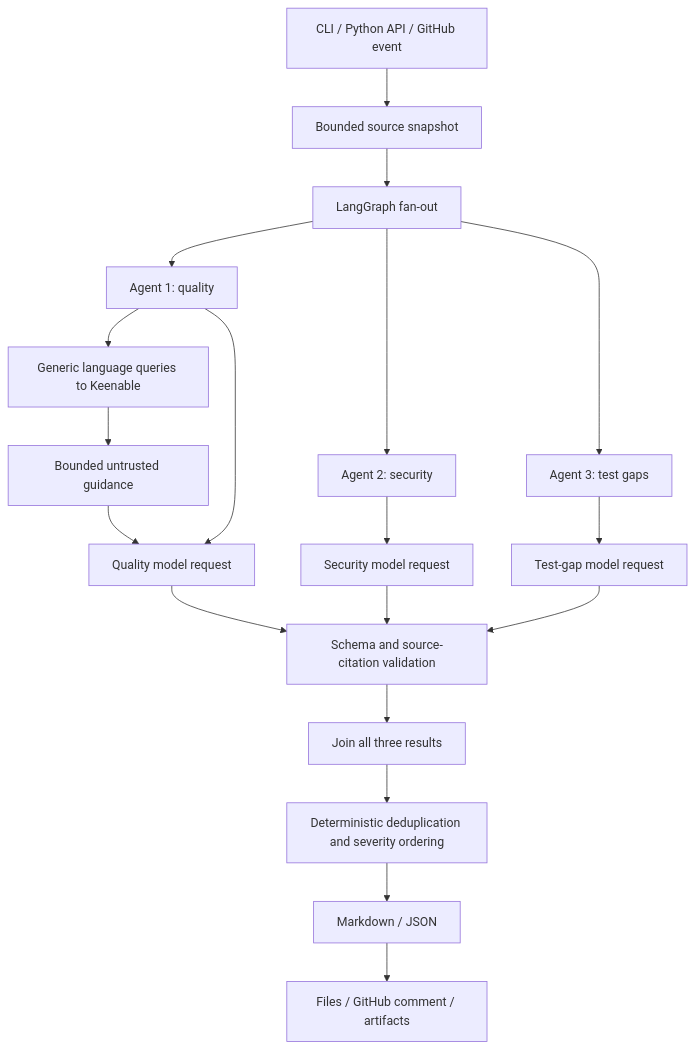
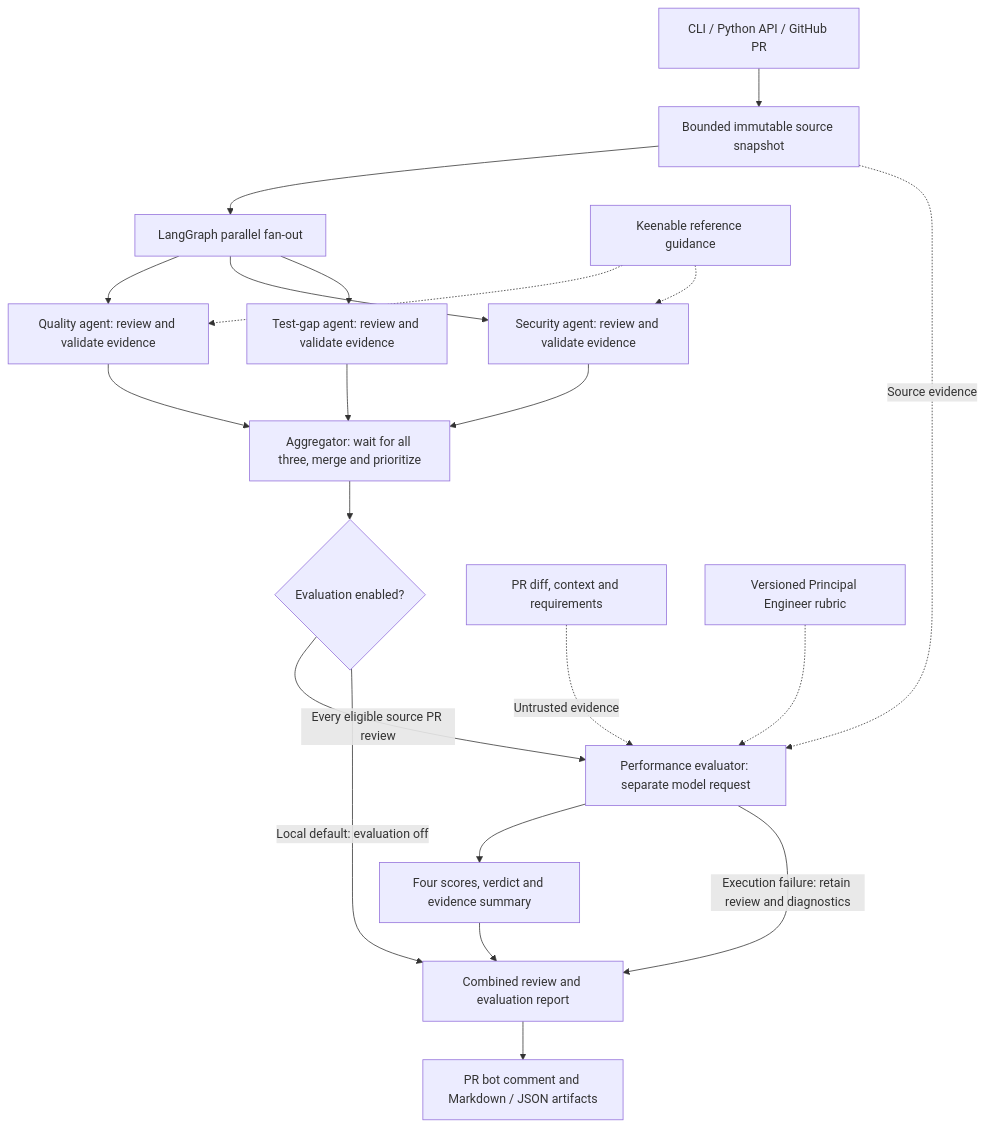
One commit to krishnakumar2050/Week3---multi-agent--Coding-Agent changed the diagram in docs/project-brief.md. Above: the diagram before and after it, drawn with Mermaid. The commit also changed other lines of this file and 29 other files, not shown here.

````diff
--- a/docs/project-brief.md
+++ b/docs/project-brief.md
@@ -39,21 +40,23 @@
 ```mermaid
 flowchart TD
-    Entry[CLI / Python API / GitHub event] --> Snapshot[Bounded source snapshot]
-    Snapshot --> Graph[LangGraph fan-out]
-    Graph --> Quality[Agent 1: quality]
-    Graph --> Security[Agent 2: security]
-    Graph --> Tests[Agent 3: test gaps]
-    Quality --> Search[Generic language queries to Keenable]
-    Search --> Guidance[Bounded untrusted guidance]
-    Guidance --> QReview[Quality model request]
-    Quality --> QReview
-    Security --> SReview[Security model request]
-    Tests --> TReview[Test-gap model request]
-    QReview --> Evidence[Schema and source-citation validation]
-    SReview --> Evidence
-    TReview --> Evidence
-    Evidence --> Join[Join all three results]
-    Join --> Aggregate[Deterministic deduplication and severity ordering]
-    Aggregate --> Report[Markdown / JSON]
-    Report --> Publish[Files / GitHub comment / artifacts]
+    Entry[CLI / Python API / GitHub PR] --> Snapshot[Bounded immutable source snapshot]
+    Snapshot --> Fanout[LangGraph parallel fan-out]
+    Fanout --> Quality[Quality agent: review and validate evidence]
+    Fanout --> Security[Security agent: review and validate evidence]
+    Fanout --> Tests[Test-gap agent: review and validate evidence]
+    Keenable[Keenable reference guidance] -.-> Quality
+    Keenable -.-> Security
+    Quality --> Aggregate[Aggregator: wait for all three, merge and prioritize]
+    Security --> Aggregate
+    Tests --> Aggregate
+    Aggregate --> Enabled{Evaluation enabled?}
+    Enabled -->|Every eligible source PR review| Judge[Performance evaluator: separate model request]
+    Snapshot -. Source evidence .-> Judge
+    Context[PR diff, context and requirements] -. Untrusted evidence .-> Judge
+    Prompt[Versioned Principal Engineer rubric] -.-> Judge
+    Judge --> Assessment[Four scores, verdict and evidence summary]
+    Assessment --> Report[Combined review and evaluation report]
+    Judge -->|Execution failure: retain review and diagnostics| Report
+    Enabled -->|Local default: evaluation off| Report
+    Report --> Publish[PR bot comment and Markdown / JSON artifacts]
 ```
````
